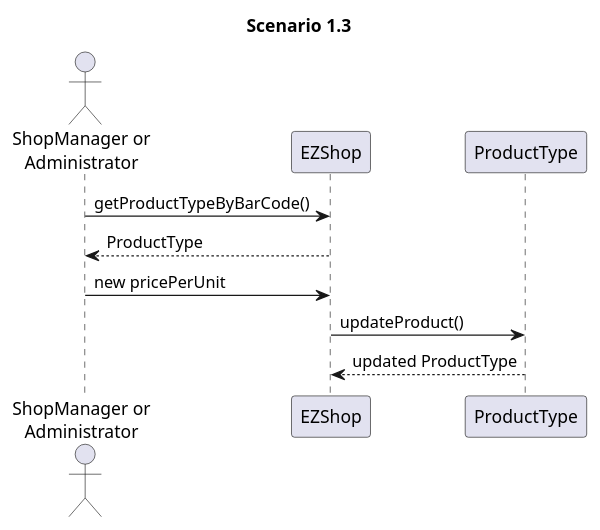
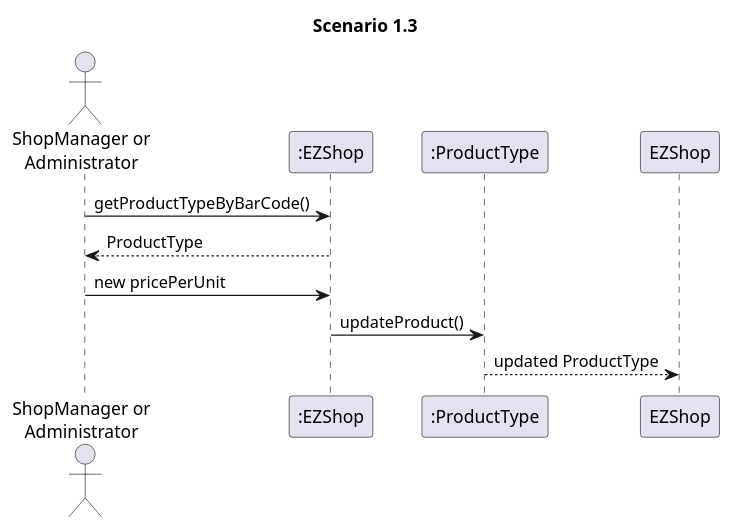
Before and after one commit to marco-ballario/EzShop: the fourth of 10 diagrams in Deliverables/DesignDocument.md, drawn with PlantUML. The commit also changed other lines of this file, not shown here.

Commit message:
fix: scenario as instances

````diff
--- a/Deliverables/DesignDocument.md
+++ b/Deliverables/DesignDocument.md
@@ -280,9 +280,9 @@
 ```plantuml
 title Scenario 1.3
 actor "ShopManager or\nAdministrator" as act
-act -> EZShop : getProductTypeByBarCode()
-EZShop --> act : ProductType
-act -> EZShop : new pricePerUnit
-EZShop -> ProductType: updateProduct()
-ProductType --> EZShop : updated ProductType
+act -> ":EZShop" : getProductTypeByBarCode()
+":EZShop" --> act : ProductType
+act -> ":EZShop" : new pricePerUnit
+":EZShop" -> ":ProductType": updateProduct()
+":ProductType" --> EZShop : updated ProductType
 ```
````
